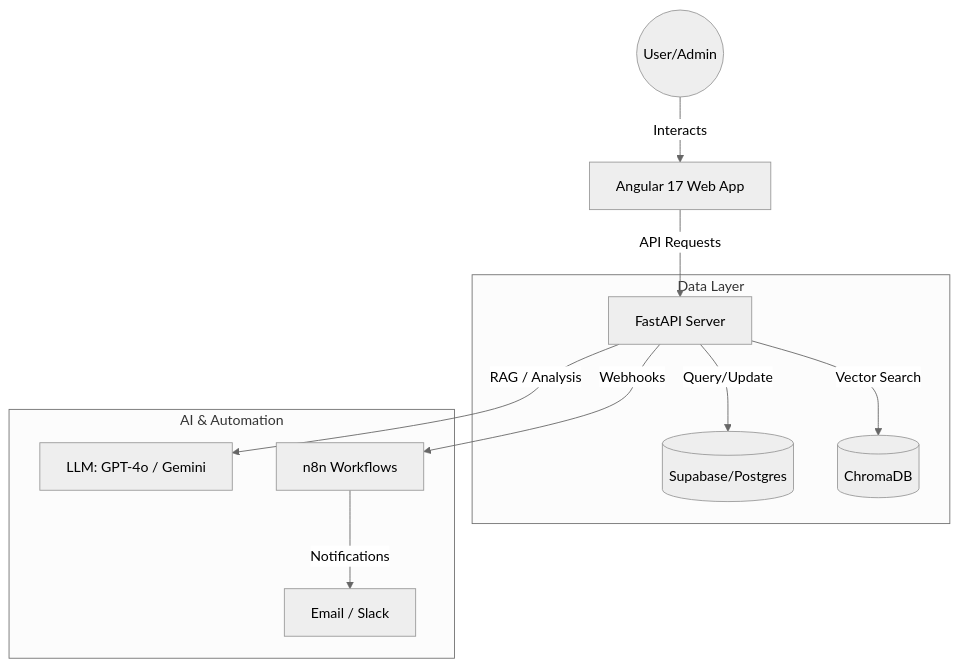
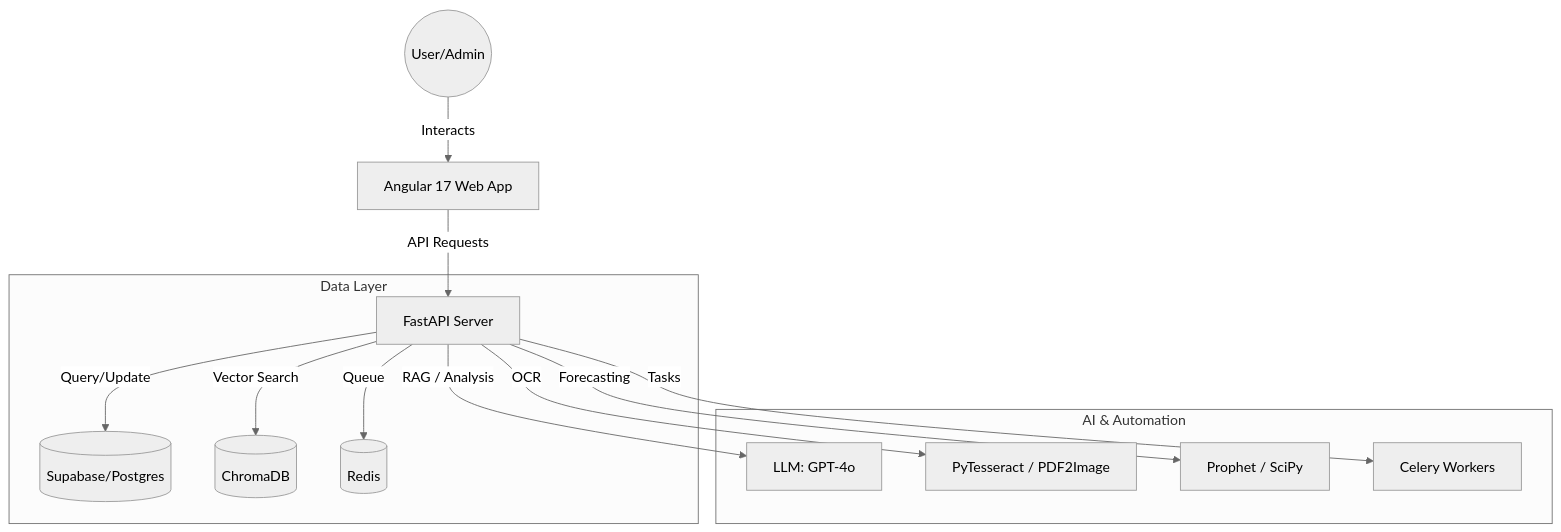
Before and after one commit to Saadani124/UniGov--UCAR-: the diagram in README.md, drawn with Mermaid (neutral theme). The commit also changed other lines of this file, not shown here.

Commit message:
docs: improve README with detailed architecture and UI design

````diff
--- a/README.md
+++ b/README.md
@@ -17,16 +17,18 @@
 ```mermaid
 graph TD
     User((User/Admin)) -->|Interacts| Frontend[Angular 17 Web App]
     Frontend -->|API Requests| Backend[FastAPI Server]
     
     subgraph "Data Layer"
         Backend -->|Query/Update| DB[(Supabase/Postgres)]
         Backend -->|Vector Search| VDB[(ChromaDB)]
+        Backend -->|Queue| Redis[(Redis)]
     end
     
     subgraph "AI & Automation"
-        Backend -->|RAG / Analysis| LLM[LLM: GPT-4o / Gemini]
-        Backend -->|Webhooks| n8n[n8n Workflows]
-        n8n -->|Notifications| Email[Email / Slack]
+        Backend -->|RAG / Analysis| LLM[LLM: GPT-4o]
+        Backend -->|OCR| OCR[PyTesseract / PDF2Image]
+        Backend -->|Forecasting| ML[Prophet / SciPy]
+        Backend -->|Tasks| Celery[Celery Workers]
     end
 ```
````
